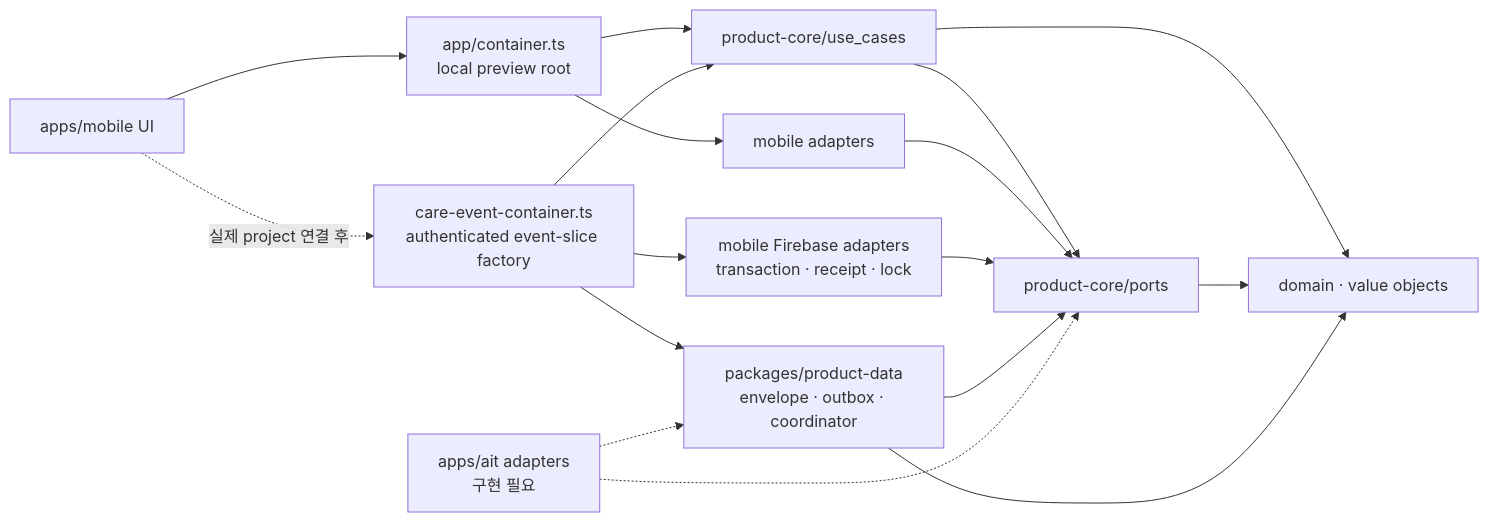
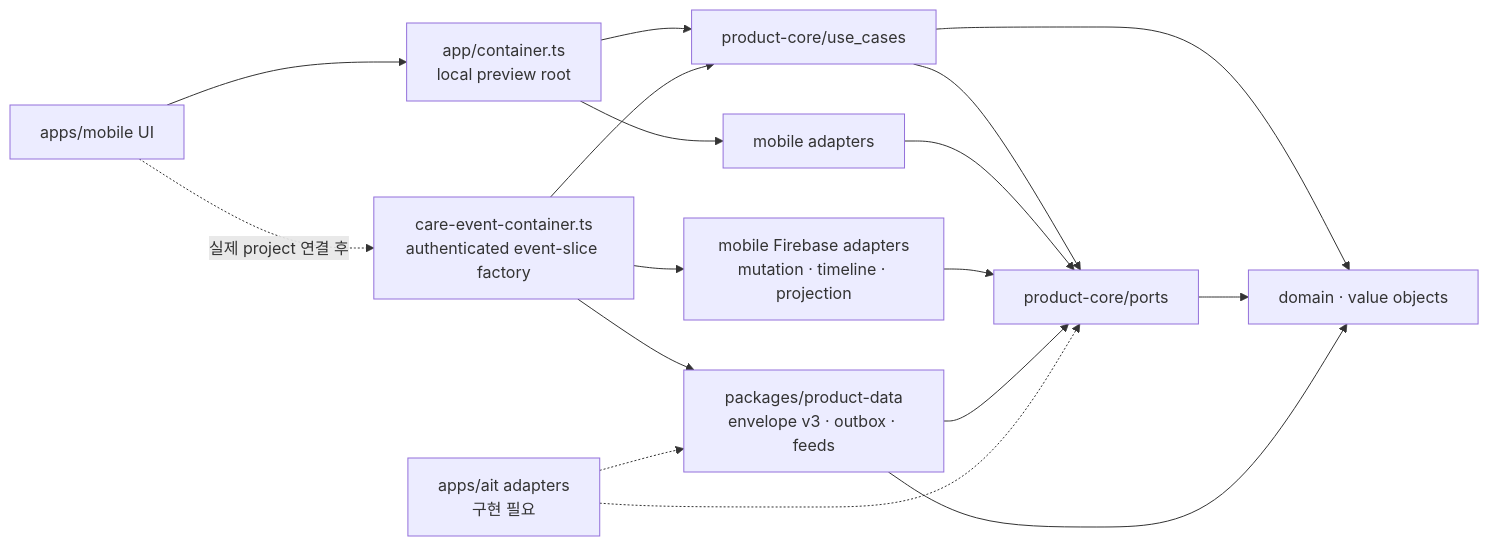
Before and after one commit to seorilabs/babycare: the diagram in docs/03-architecture/clean-architecture.md, drawn with Mermaid. The commit also changed other lines of this file and 38 other files, not shown here.

````diff
--- a/docs/03-architecture/clean-architecture.md
+++ b/docs/03-architecture/clean-architecture.md
@@ -7,19 +7,19 @@
 ```mermaid
 flowchart LR
   UI["apps/mobile UI"] --> Root["app/container.ts<br/>local preview root"]
   UI -.실제 project 연결 후.-> CloudRoot["care-event-container.ts<br/>authenticated event-slice factory"]
   Root --> UseCases["product-core/use_cases"]
   Root --> MobileAdapters["mobile adapters"]
   CloudRoot --> UseCases
   UseCases --> Ports["product-core/ports"]
   UseCases --> Domain["domain · value objects"]
   Ports --> Domain
   MobileAdapters --> Ports
-  FirebaseAdapters["mobile Firebase adapters<br/>transaction · receipt · lock"] --> Ports
-  ProductData["packages/product-data<br/>envelope · outbox · coordinator"] --> Ports
+  FirebaseAdapters["mobile Firebase adapters<br/>mutation · timeline · projection"] --> Ports
+  ProductData["packages/product-data<br/>envelope v3 · outbox · feeds"] --> Ports
   ProductData --> Domain
   CloudRoot --> ProductData
   CloudRoot --> FirebaseAdapters
   AITAdapters["apps/ait adapters<br/>구현 필요"] -.-> Ports
   AITAdapters -.-> ProductData
 ```
````
